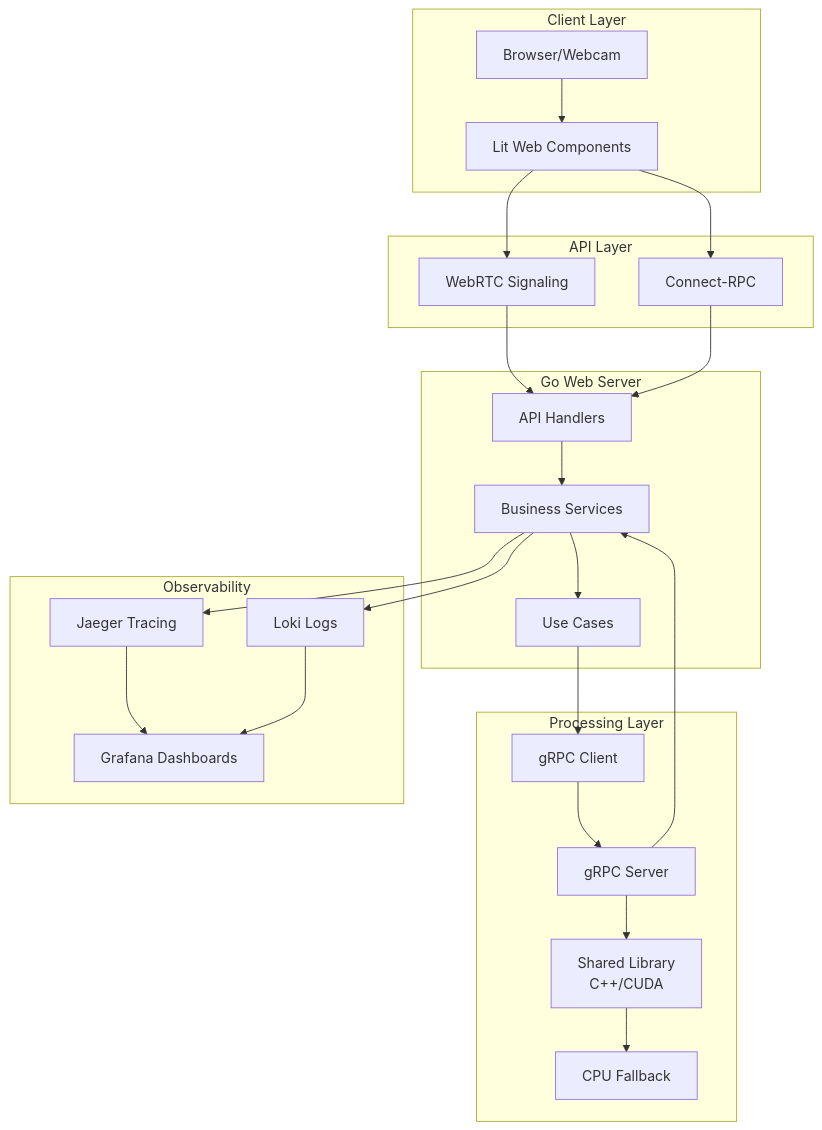
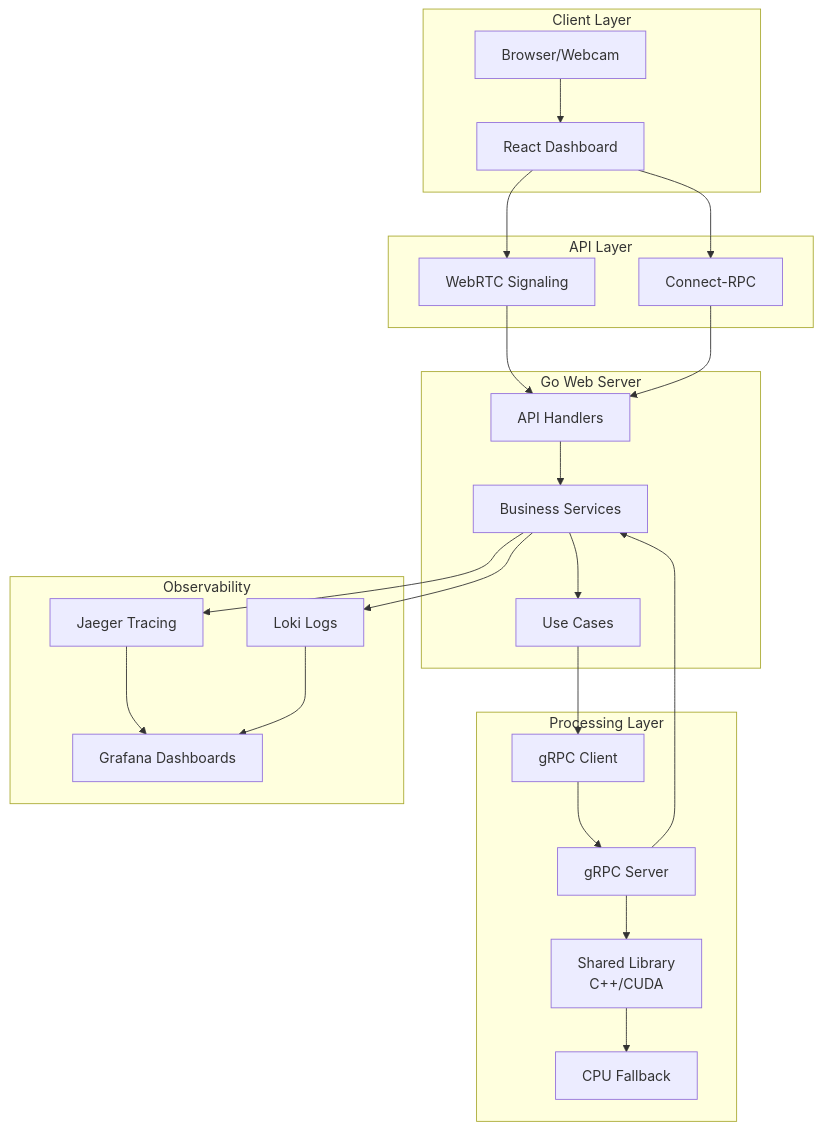
One commit to josnelihurt/learning-cuda changed the first of 2 diagrams in README.md. Above: the diagram before and after it, drawn with Mermaid. The commit also changed other lines of this file and 69 other files, not shown here.

First line of the commit message:
refactor(frontend): migrate from Lit Web Components to React

````diff
--- a/README.md
+++ b/README.md
@@ -49,48 +49,48 @@
 ```mermaid
 graph TB
     subgraph "Client Layer"
         Browser[Browser/Webcam]
-        UI[Lit Web Components]
+        UI[React Dashboard]
     end
     
     subgraph "API Layer"
         WebRTCSignaling[WebRTC Signaling]
         ConnectRPC[Connect-RPC]
     end
     
     subgraph "Go Web Server"
         API[API Handlers]
         Services[Business Services]
         UseCases[Use Cases]
     end
     
     subgraph "Processing Layer"
         GRPCClient[gRPC Client]
         GRPCServer[gRPC Server]
         SharedLib[Shared Library<br/>C++/CUDA]
         CPU[CPU Fallback]
     end
     
     subgraph "Observability"
         Jaeger[Jaeger Tracing]
         Grafana[Grafana Dashboards]
         Loki[Loki Logs]
     end
     
     Browser --> UI
     UI --> WebRTCSignaling
     UI --> ConnectRPC
     WebRTCSignaling --> API
     ConnectRPC --> API
     API --> Services
     Services --> UseCases
     UseCases --> GRPCClient
     GRPCClient --> GRPCServer
     GRPCServer --> SharedLib
     SharedLib --> CPU
     GRPCServer --> Services
     Services --> Jaeger
     Services --> Loki
     Jaeger --> Grafana
     Loki --> Grafana
 ```
````
